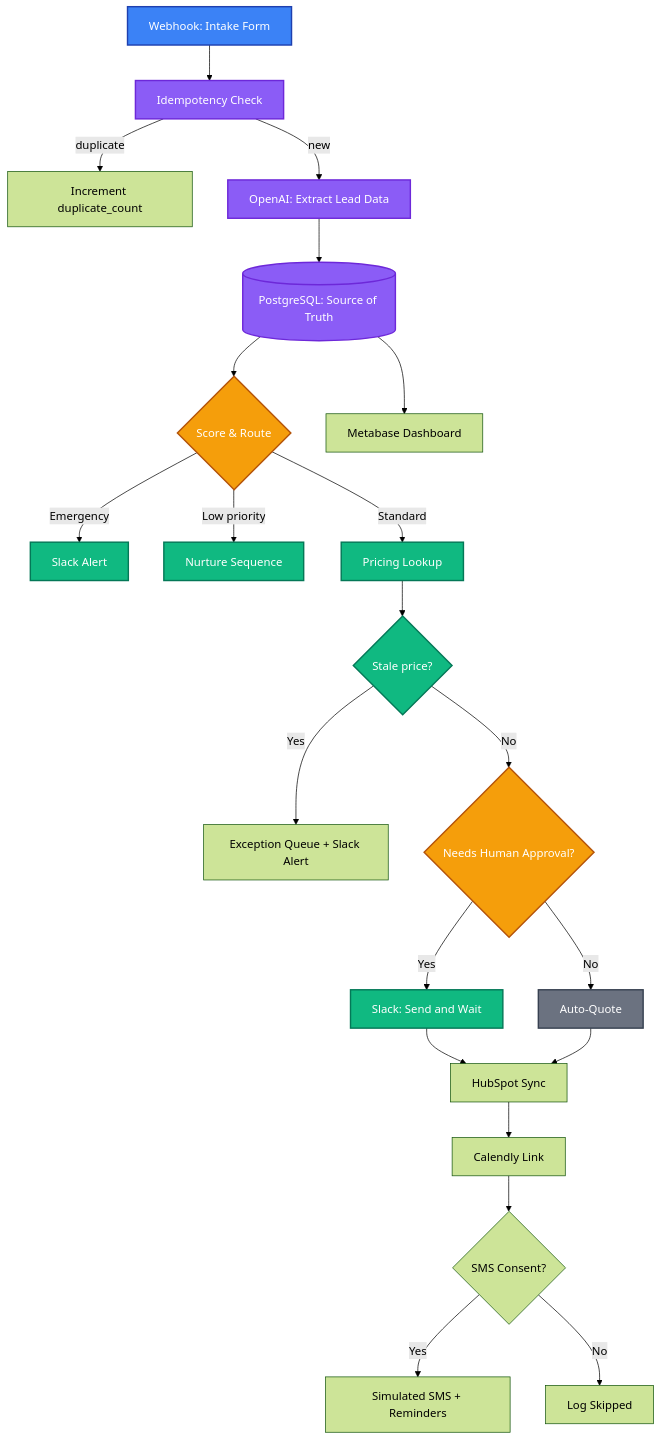
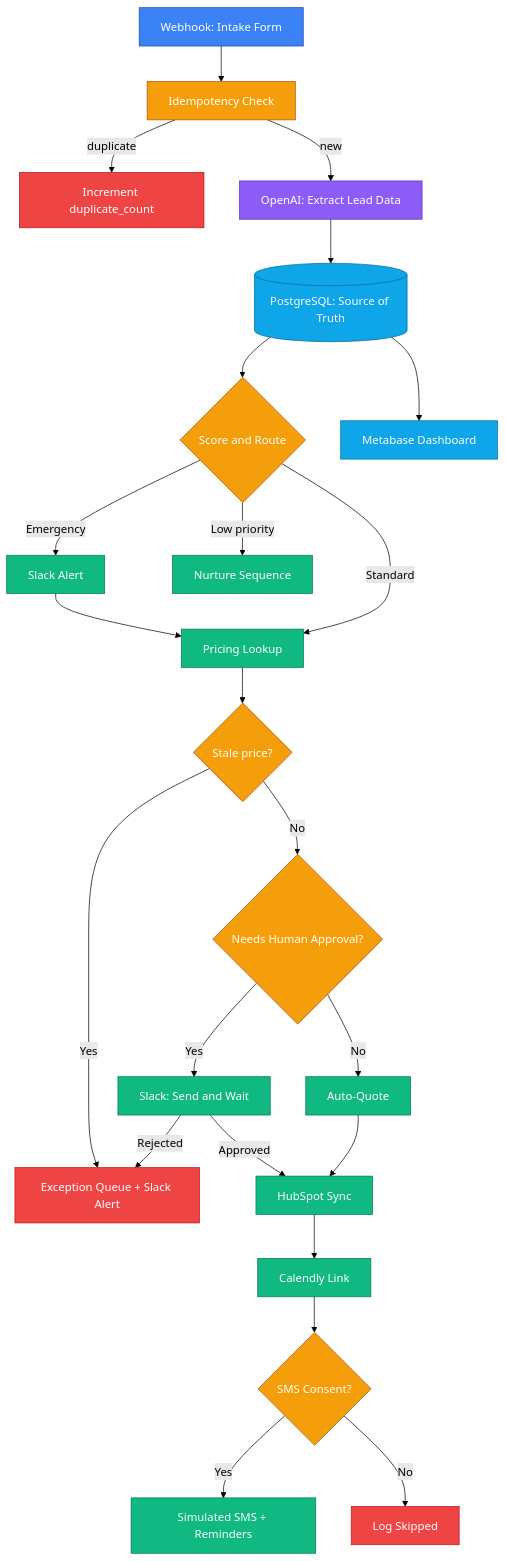
One commit to ifedayofakayode/lead-to-revenue-orchestrator changed the diagram in README.md. Above: the diagram before and after it, drawn with Mermaid (forest theme). The commit also changed other lines of this file, not shown here.

Commit message:
Refine README content and flowchart labels
Updated README.md for clarity and consistency in terminology, including changes to flowchart labels and credential requirements.

````diff
--- a/README.md
+++ b/README.md
@@ -38,35 +38,39 @@
 ```mermaid
 flowchart TD
     A[Webhook: Intake Form] --> B[Idempotency Check]
     B -->|duplicate| B2[Increment duplicate_count]
     B -->|new| C[OpenAI: Extract Lead Data]
     C --> D[(PostgreSQL: Source of Truth)]
-    D --> E{Score & Route}
+    D --> E{Score and Route}
     E -->|Emergency| F[Slack Alert]
+    F --> H
     E -->|Low priority| G[Nurture Sequence]
     E -->|Standard| H[Pricing Lookup]
     H --> I{Stale price?}
     I -->|Yes| X[Exception Queue + Slack Alert]
     I -->|No| J{Needs Human Approval?}
     J -->|Yes| K[Slack: Send and Wait]
     J -->|No| L[Auto-Quote]
-    K --> M[HubSpot Sync]
+    K -->|Approved| M[HubSpot Sync]
+    K -->|Rejected| X
     L --> M
     M --> N[Calendly Link]
     N --> O{SMS Consent?}
     O -->|Yes| P[Simulated SMS + Reminders]
     O -->|No| Q[Log Skipped]
     D --> R[Metabase Dashboard]
 
-    classDef intake fill:#3B82F6,stroke:#1E40AF,color:#fff,stroke-width:2px
-    classDef ai fill:#8B5CF6,stroke:#6D28D9,color:#fff,stroke-width:2px
-    classDef logic fill:#F59E0B,stroke:#B45309,color:#fff,stroke-width:2px
-    classDef action fill:#10B981,stroke:#047857,color:#fff,stroke-width:2px
-    classDef endNode fill:#6B7280,stroke:#374151,color:#fff,stroke-width:2px
+    classDef intake fill:#3B82F6,stroke:#1E40AF,color:#fff
+    classDef ai fill:#8B5CF6,stroke:#6D28D9,color:#fff
+    classDef data fill:#0EA5E9,stroke:#0369A1,color:#fff
+    classDef logic fill:#F59E0B,stroke:#B45309,color:#fff
+    classDef action fill:#10B981,stroke:#047857,color:#fff
+    classDef problem fill:#EF4444,stroke:#B91C1C,color:#fff
 
     class A intake
-    class B,C,D ai
-    class E,J logic
-    class F,G,H,I,K action
-    class L endNode
+    class C ai
+    class D,R data
+    class B,E,I,J,O logic
+    class F,G,H,K,L,M,N,P action
+    class B2,X,Q problem
 ```
````
